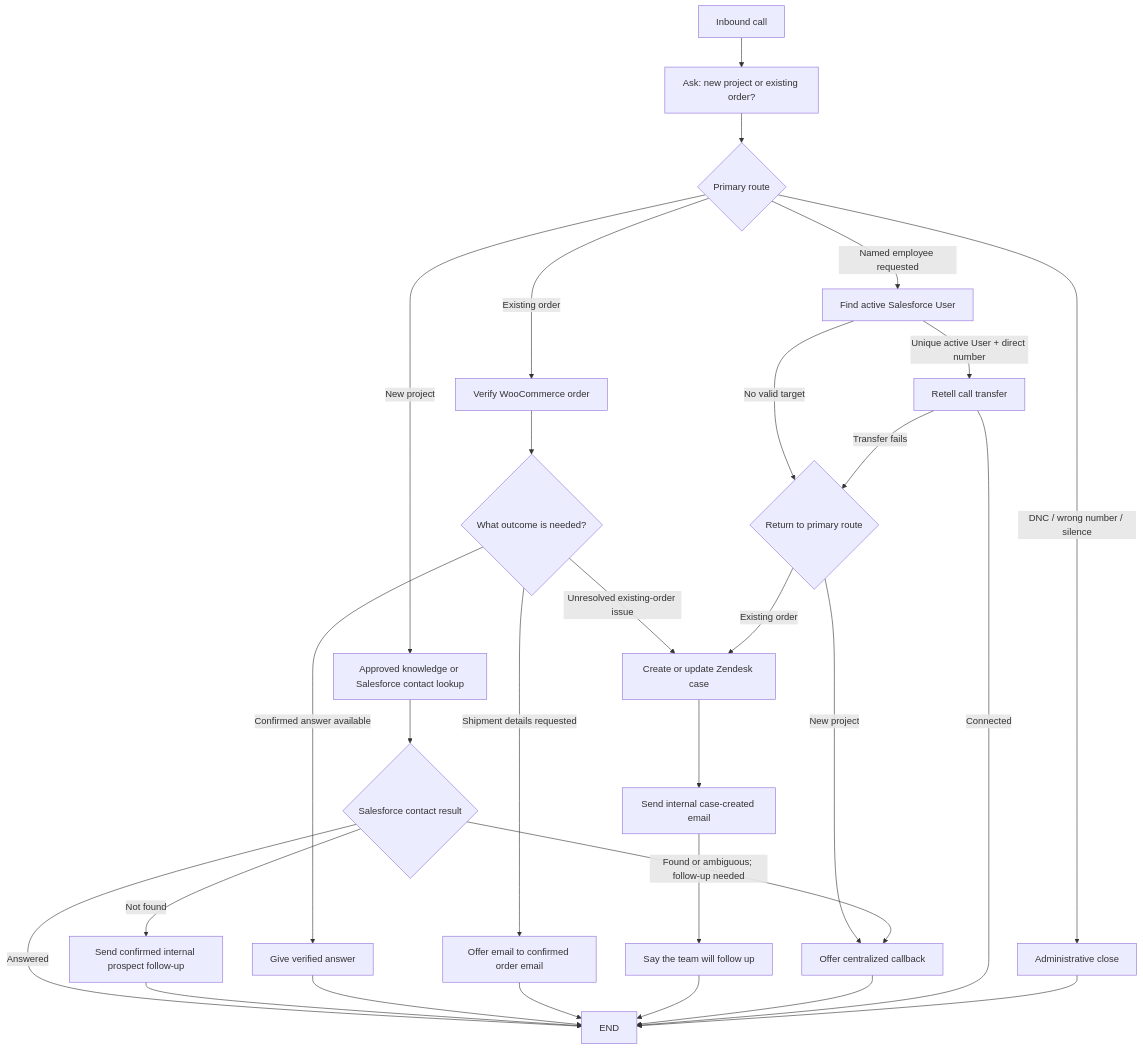
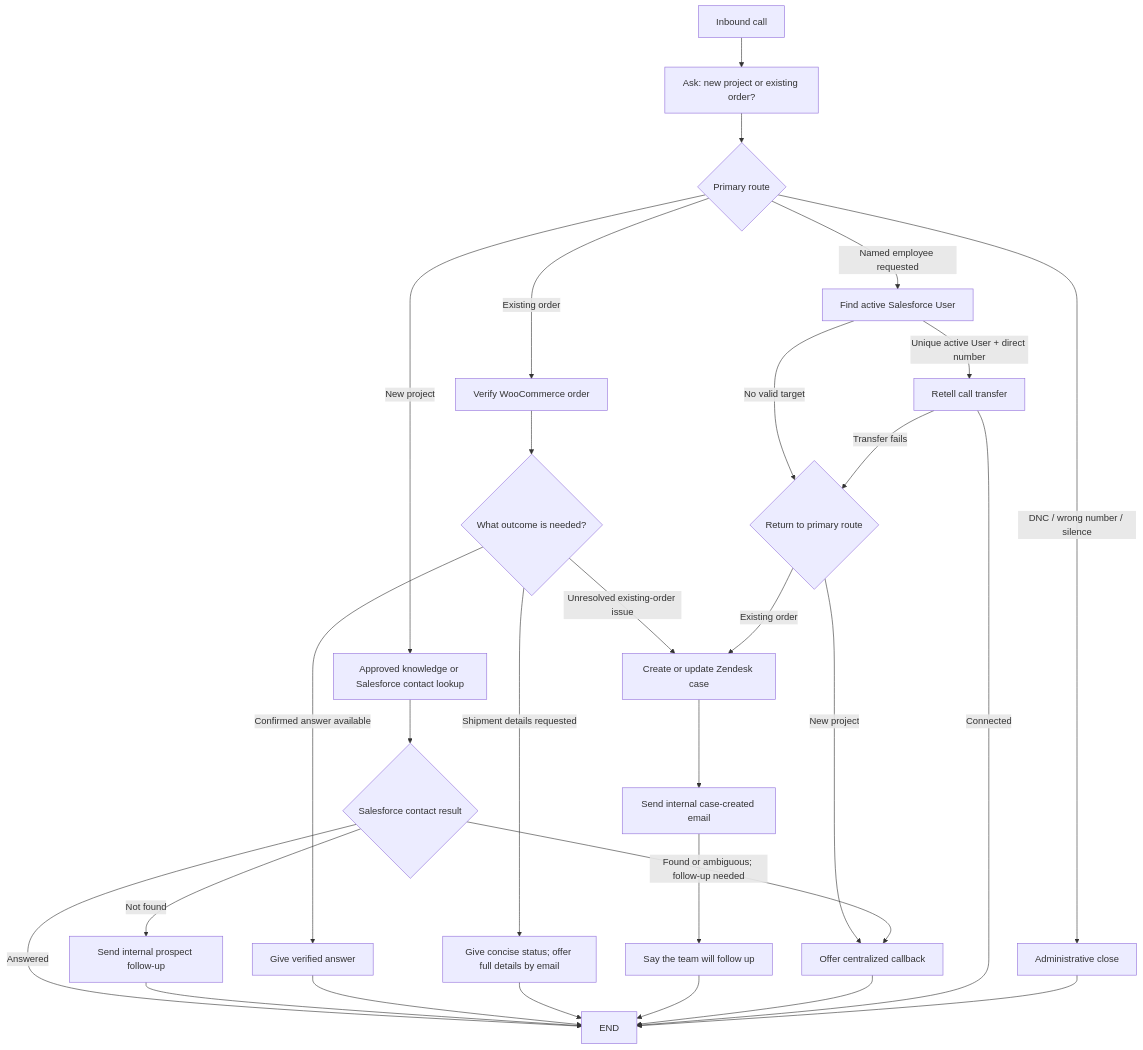
The diagram in retell-reference-materials/docs/genstone-capability-map.md (adeolaemmanuelmorren/genstone-ai-customer-agent), drawn with Mermaid before and after one commit. The commit also changed other lines of this file and 41 other files, not shown here.

````diff
--- a/retell-reference-materials/docs/genstone-capability-map.md
+++ b/retell-reference-materials/docs/genstone-capability-map.md
@@ -31,36 +31,36 @@
 ```mermaid
 flowchart TD
     START["Inbound call"] --> GREET["Ask: new project or existing order?"]
     GREET --> ROUTE{"Primary route"}
 
     ROUTE -->|"New project"| NEW["Approved knowledge or Salesforce contact lookup"]
     ROUTE -->|"Existing order"| VERIFY["Verify WooCommerce order"]
     ROUTE -->|"Named employee requested"| EMPLOYEE["Find active Salesforce User"]
     ROUTE -->|"DNC / wrong number / silence"| ADMIN["Administrative close"]
 
     VERIFY --> HELP{"What outcome is needed?"}
     HELP -->|"Confirmed answer available"| ANSWER["Give verified answer"]
-    HELP -->|"Shipment details requested"| SHIPMENT["Offer email to confirmed order email"]
+    HELP -->|"Shipment details requested"| SHIPMENT["Give concise status; offer full details by email"]
     HELP -->|"Unresolved existing-order issue"| CASE["Create or update Zendesk case"]
 
     CASE --> CASE_EMAIL["Send internal case-created email"]
     CASE_EMAIL --> FOLLOWUP["Say the team will follow up"]
 
     EMPLOYEE -->|"Unique active User + direct number"| TRANSFER["Retell call transfer"]
     EMPLOYEE -->|"No valid target"| FALLBACK{"Return to primary route"}
     TRANSFER -->|"Transfer fails"| FALLBACK
     FALLBACK -->|"New project"| CALLBACK["Offer centralized callback"]
     FALLBACK -->|"Existing order"| CASE
 
     NEW --> NEWCONTACT{"Salesforce contact result"}
-    NEWCONTACT -->|"Not found"| PROSPECT["Send confirmed internal prospect follow-up"]
+    NEWCONTACT -->|"Not found"| PROSPECT["Send internal prospect follow-up"]
     NEWCONTACT -->|"Found or ambiguous; follow-up needed"| CALLBACK
     NEWCONTACT -->|"Answered"| END
     PROSPECT --> END
     ANSWER --> END
     SHIPMENT --> END
     FOLLOWUP --> END
     CALLBACK --> END
     TRANSFER -->|"Connected"| END
     ADMIN --> END
 ```
````
